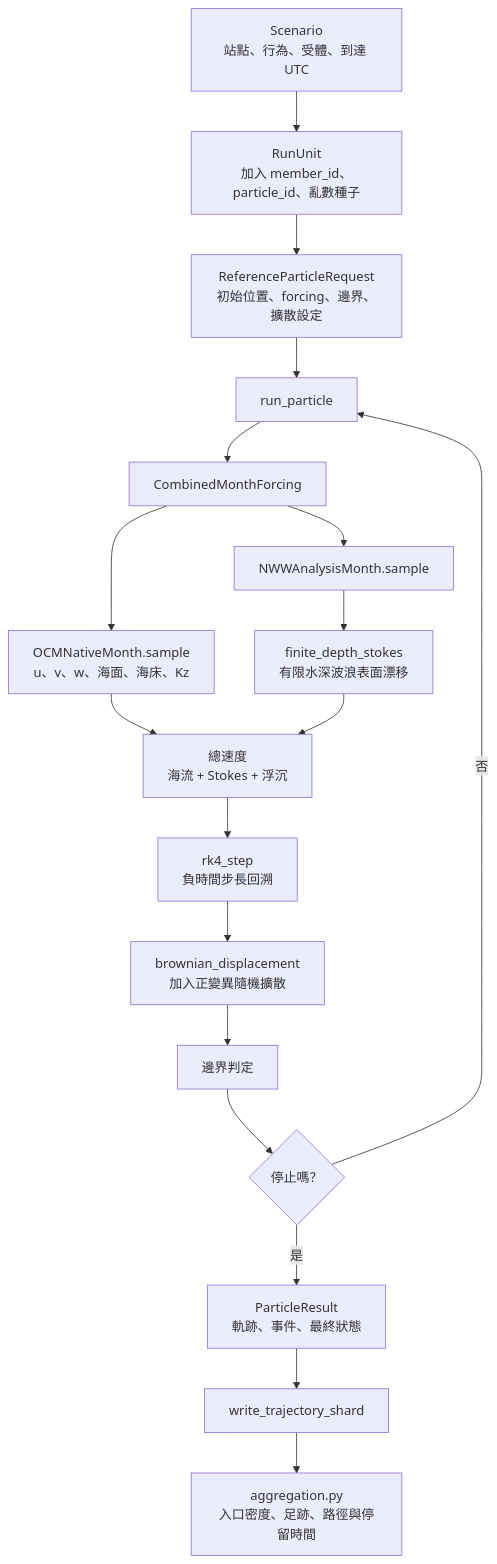
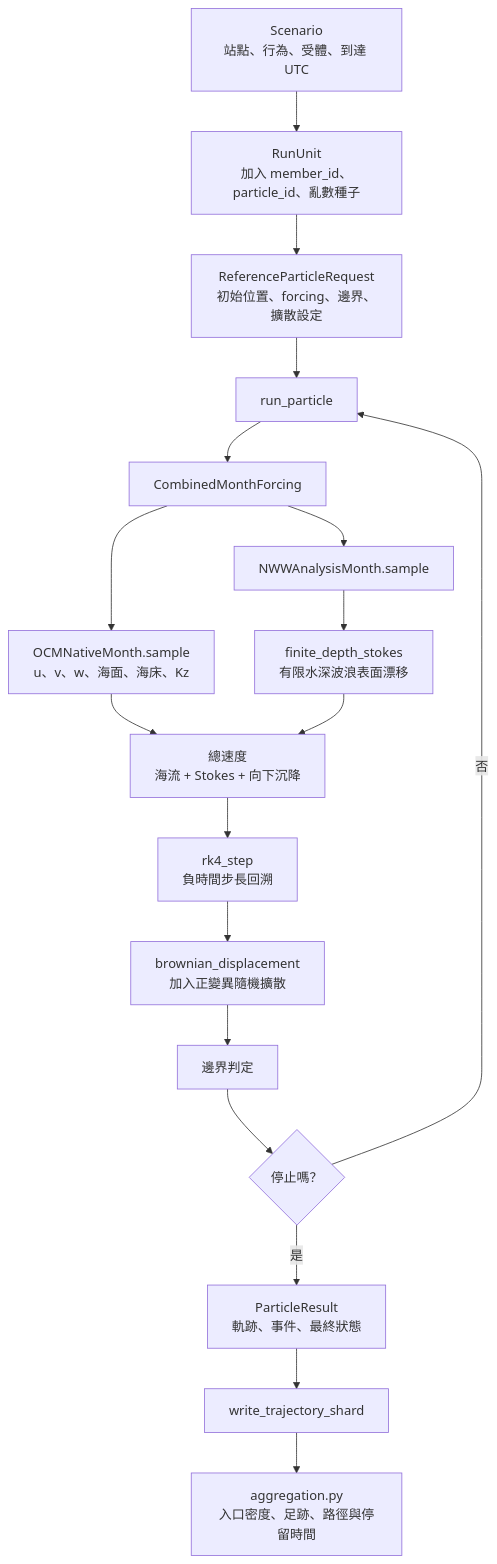
Before and after one commit to SpiderFang/Lagrangian-Ensemble-Backtracking: the second of 3 diagrams in docs/11_source_code_guide_and_plan_traceability.md, drawn with Mermaid. The commit also changed other lines of this file and 140 other files, not shown here.

````diff
--- a/docs/11_source_code_guide_and_plan_traceability.md
+++ b/docs/11_source_code_guide_and_plan_traceability.md
@@ -134,20 +159,20 @@
 ```mermaid
 flowchart TD
     S[Scenario<br/>站點、行為、受體、到達 UTC] --> U[RunUnit<br/>加入 member_id、particle_id、亂數種子]
     U --> I[ReferenceParticleRequest<br/>初始位置、forcing、邊界、擴散設定]
     I --> E[run_particle]
     E --> V[CombinedMonthForcing]
     V --> O[OCMNativeMonth.sample<br/>u、v、w、海面、海床、Kz]
     V --> W[NWWAnalysisMonth.sample]
     W --> ST[finite_depth_stokes<br/>有限水深波浪表面漂移]
-    O --> T[總速度<br/>海流 + Stokes + 浮沉]
+    O --> T[總速度<br/>海流 + Stokes + 向下沉降]
     ST --> T
     T --> R[rk4_step<br/>負時間步長回溯]
     R --> D[brownian_displacement<br/>加入正變異隨機擴散]
     D --> B[邊界判定]
     B --> Q{停止嗎？}
     Q -- 否 --> E
     Q -- 是 --> P[ParticleResult<br/>軌跡、事件、最終狀態]
     P --> O2[write_trajectory_shard]
     O2 --> A[aggregation.py<br/>入口密度、足跡、路徑與停留時間]
 ```
````
